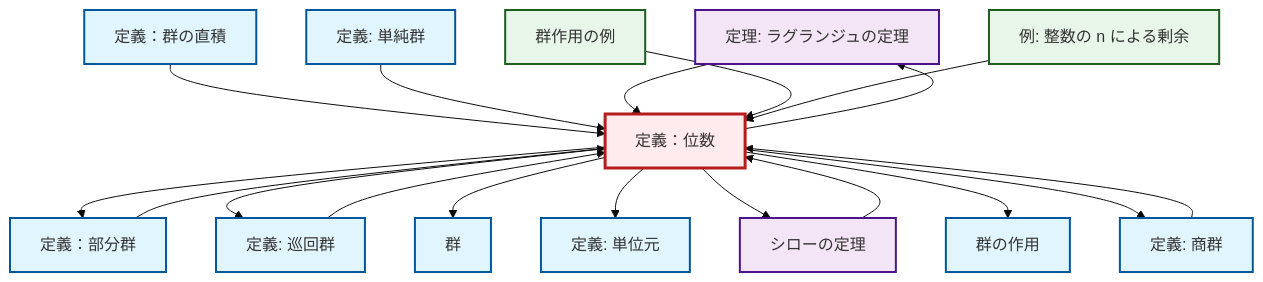
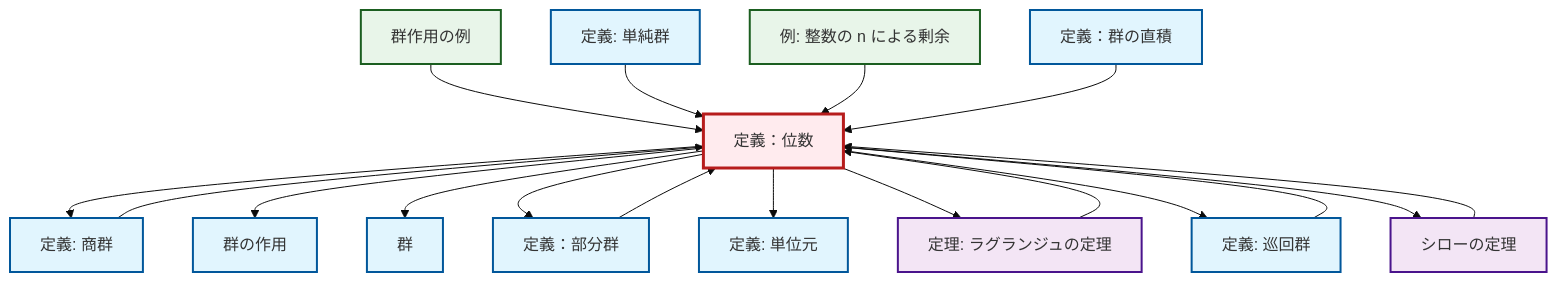
Before and after one commit to RK0429/ModernMath: the diagram in content/ja/algebra/def-order.qmd, drawn with Mermaid (base theme). The commit also changed other lines of this file and 1012 other files, not shown here.

````diff
--- a/content/ja/algebra/def-order.qmd
+++ b/content/ja/algebra/def-order.qmd
@@ -112,52 +112,52 @@
 ```{mermaid}
 %%| fig-cap: "Local dependency graph"
 graph TD
     classDef definition fill:#e1f5fe,stroke:#01579b,stroke-width:2px
     classDef theorem fill:#f3e5f5,stroke:#4a148c,stroke-width:2px
     classDef axiom fill:#fff3e0,stroke:#e65100,stroke-width:2px
     classDef example fill:#e8f5e9,stroke:#1b5e20,stroke-width:2px
     classDef current fill:#ffebee,stroke:#b71c1c,stroke-width:3px
+    def-simple-group["定義: 単純群"]:::definition
+    def-identity-element["定義: 単位元"]:::definition
+    def-subgroup["定義：部分群"]:::definition
+    def-cyclic-group["定義: 巡回群"]:::definition
+    def-order["定義：位数"]:::definition
+    def-group-action["群の作用"]:::definition
     thm-lagrange["定理: ラグランジュの定理"]:::theorem
-    def-cyclic-group["定義: 巡回群"]:::definition
     thm-sylow["シローの定理"]:::theorem
-    def-order["定義：位数"]:::definition
+    def-quotient-group["定義: 商群"]:::definition
+    ex-group-action-examples["群作用の例"]:::example
     def-direct-product["定義：群の直積"]:::definition
-    def-subgroup["定義：部分群"]:::definition
-    ex-group-action-examples["群作用の例"]:::example
-    def-quotient-group["定義: 商群"]:::definition
-    def-identity-element["定義: 単位元"]:::definition
+    def-group["群"]:::definition
     ex-quotient-integers-mod-n["例: 整数の n による剰余"]:::example
-    def-simple-group["定義: 単純群"]:::definition
-    def-group-action["群の作用"]:::definition
-    def-group["群"]:::definition
+    def-order --> def-quotient-group
+    ex-group-action-examples --> def-order
+    def-order --> def-group-action
+    def-order --> def-group
     def-order --> def-subgroup
-    def-direct-product --> def-order
-    def-order --> def-cyclic-group
-    def-order --> def-group
-    def-cyclic-group --> def-order
-    def-quotient-group --> def-order
+    thm-sylow --> def-order
+    def-order --> def-identity-element
     def-simple-group --> def-order
     thm-lagrange --> def-order
-    ex-group-action-examples --> def-order
-    def-order --> def-identity-element
+    def-cyclic-group --> def-order
+    ex-quotient-integers-mod-n --> def-order
+    def-order --> thm-lagrange
+    def-quotient-group --> def-order
+    def-order --> def-cyclic-group
+    def-subgroup --> def-order
+    def-direct-product --> def-order
     def-order --> thm-sylow
-    def-subgroup --> def-order
-    ex-quotient-integers-mod-n --> def-order
-    def-order --> def-group-action
-    thm-sylow --> def-order
-    def-order --> def-quotient-group
-    def-order --> thm-lagrange
     class def-order current
+    click def-simple-group "def-simple-group.html" "単純群の定義へ"
+    click def-identity-element "def-identity-element.html" "単位元の定義へ"
+    click def-subgroup "def-subgroup.html" "定義：部分群へ"
+    click def-cyclic-group "def-cyclic-group.html" "巡回群の定義へ"
+    click def-group-action "def-group-action.html" "群の作用へ"
     click thm-lagrange "thm-lagrange.html" "ラグランジュの定理の定理へ"
-    click def-cyclic-group "def-cyclic-group.html" "巡回群の定義へ"
     click thm-sylow "thm-sylow.html" "シローの定理へ"
+    click def-quotient-group "def-quotient-group.html" "商群の定義へ"
+    click ex-group-action-examples "ex-group-action-examples.html" "群作用の例へ"
     click def-direct-product "def-direct-product.html" "定義：群の直積へ"
-    click def-subgroup "def-subgroup.html" "定義：部分群へ"
-    click ex-group-action-examples "ex-group-action-examples.html" "群作用の例へ"
-    click def-quotient-group "def-quotient-group.html" "商群の定義へ"
-    click def-identity-element "def-identity-element.html" "単位元の定義へ"
+    click def-group "def-group.html" "群へ"
     click ex-quotient-integers-mod-n "ex-quotient-integers-mod-n.html" "整数の n による剰余の例へ"
-    click def-simple-group "def-simple-group.html" "単純群の定義へ"
-    click def-group-action "def-group-action.html" "群の作用へ"
-    click def-group "def-group.html" "群へ"
 ```
````
